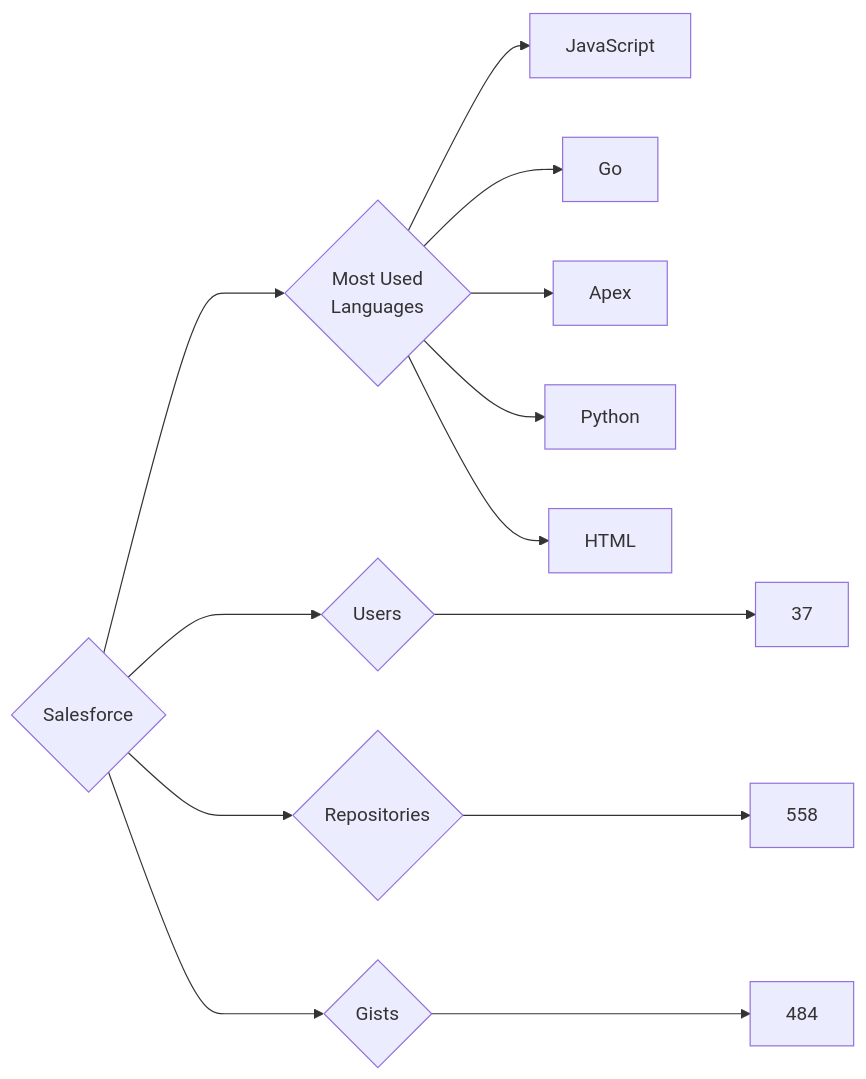
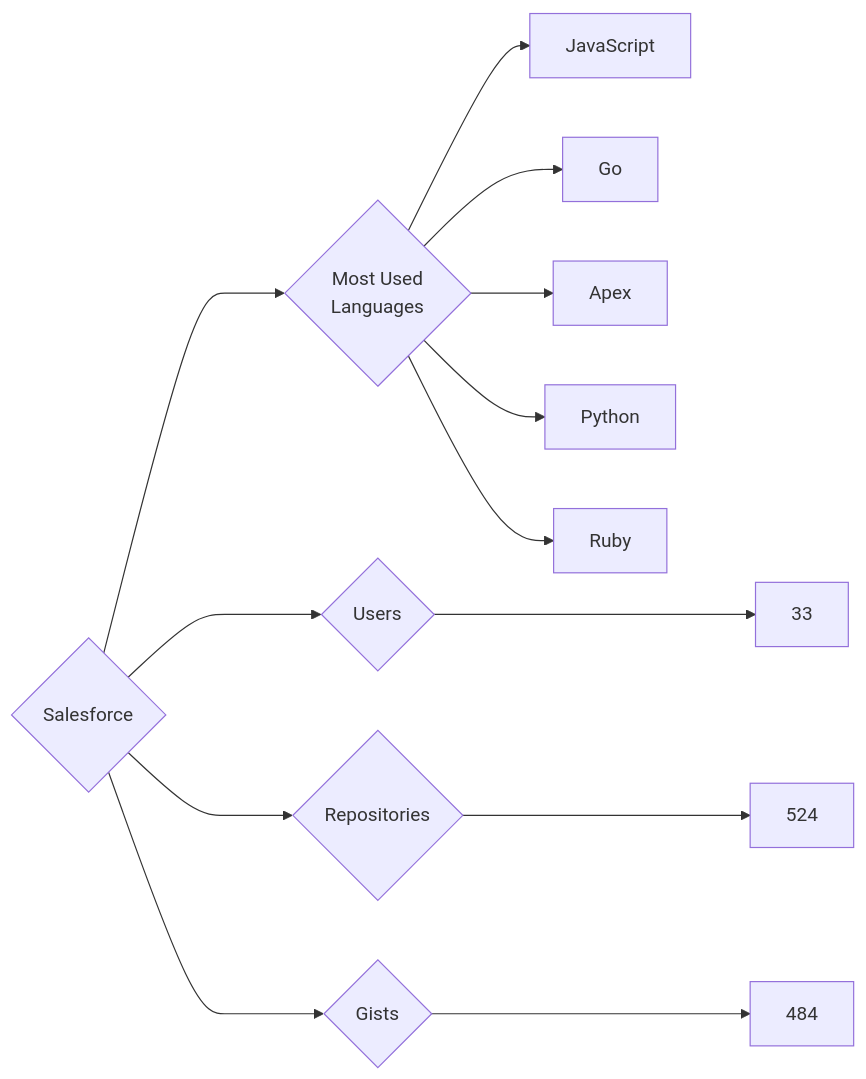
One commit to trickest/insiders changed the diagram in targets/Salesforce/README.md. Above: the diagram before and after it, drawn with Mermaid. The commit also changed 1248 other files, not shown here.

````diff
--- a/targets/Salesforce/README.md
+++ b/targets/Salesforce/README.md
@@ -3,13 +3,13 @@
 ```mermaid
 graph LR
 COMPANY_NAME{Salesforce}
-COMPANY_NAME ---> U{Users} ---> UN[37]
-COMPANY_NAME ---> R{Repositories} ---> RN[558]
+COMPANY_NAME ---> U{Users} ---> UN[33]
+COMPANY_NAME ---> R{Repositories} ---> RN[524]
 COMPANY_NAME ---> G{Gists} ---> GN[484]
 COMPANY_NAME ---> ML{Most Used<br>Languages}
 ML --> JavaScript[JavaScript]
 ML --> Go[Go]
 ML --> Apex[Apex]
 ML --> Python[Python]
-ML --> HTML[HTML]
+ML --> Ruby[Ruby]
 ```
````
